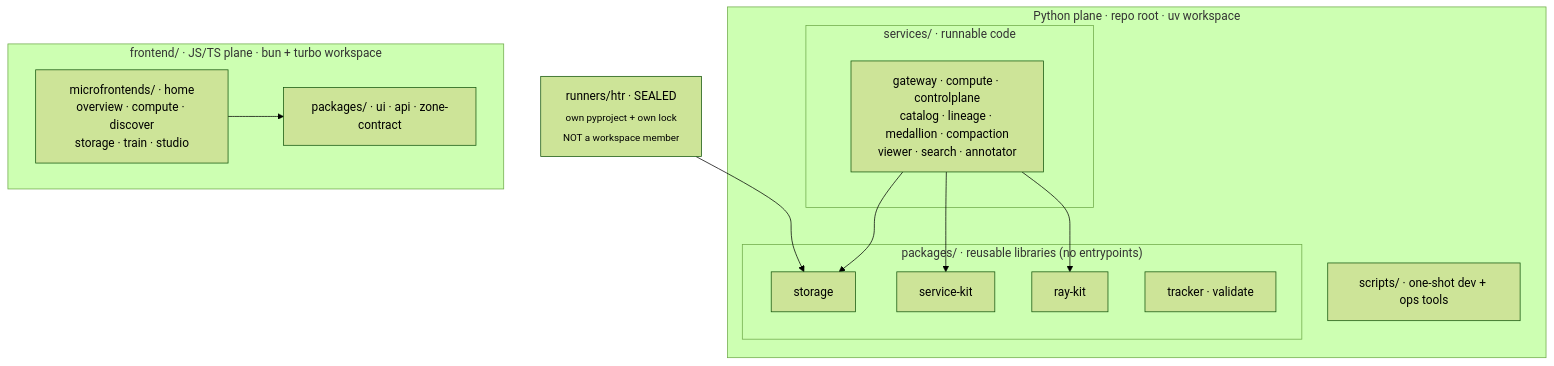
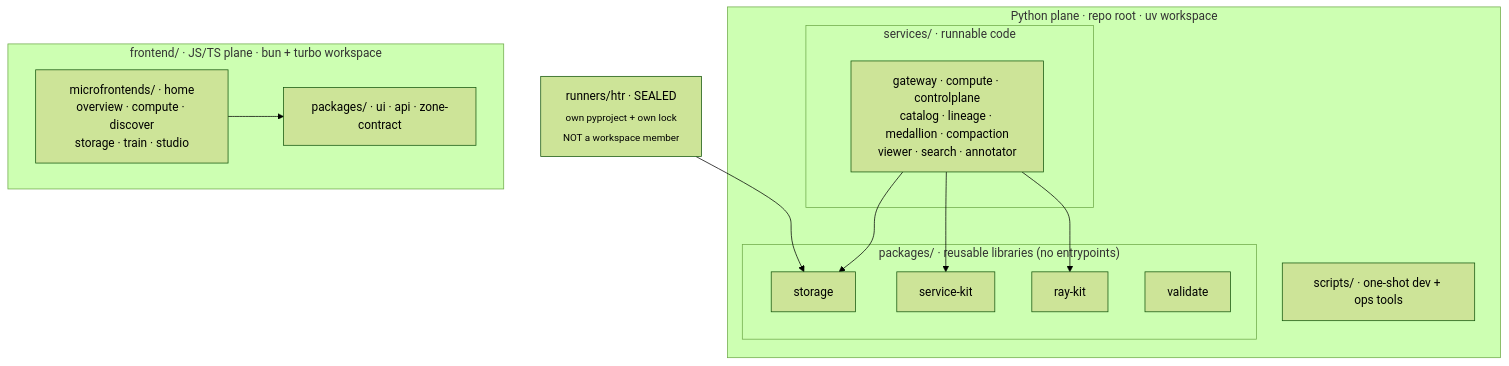
One commit to AI-Riksarkivet/rask changed the diagram in docs/architecture/layout.md. Above: the diagram before and after it, drawn with Mermaid (forest theme). The commit also changed other lines of this file and 120 other files, not shown here.

````diff
--- a/docs/architecture/layout.md
+++ b/docs/architecture/layout.md
@@ -13,24 +13,24 @@
 ```mermaid
 flowchart TD
     subgraph py["Python plane · repo root · uv workspace"]
         subgraph services["services/ · runnable code"]
             cs["gateway · compute · controlplane<br/>catalog · lineage · medallion · compaction<br/>viewer · search · annotator"]
         end
         subgraph packages["packages/ · reusable libraries (no entrypoints)"]
             pst["storage"]
             psk["service-kit"]
             prk["ray-kit"]
-            ptv["tracker · validate"]
+            ptv["validate"]
         end
         cx["scripts/ · one-shot dev + ops tools"]
     end
     subgraph js["frontend/ · JS/TS plane · bun + turbo workspace"]
         mf["microfrontends/ · home<br/>overview · compute · discover<br/>storage · train · studio"]
         fpk["packages/ · ui · api · zone-contract"]
     end
     rn["runners/htr · SEALED<br/><sub>own pyproject + own lock<br/>NOT a workspace member</sub>"] --> pst
     cs --> psk
     cs --> prk
     cs --> pst
     mf --> fpk
 ```
````
